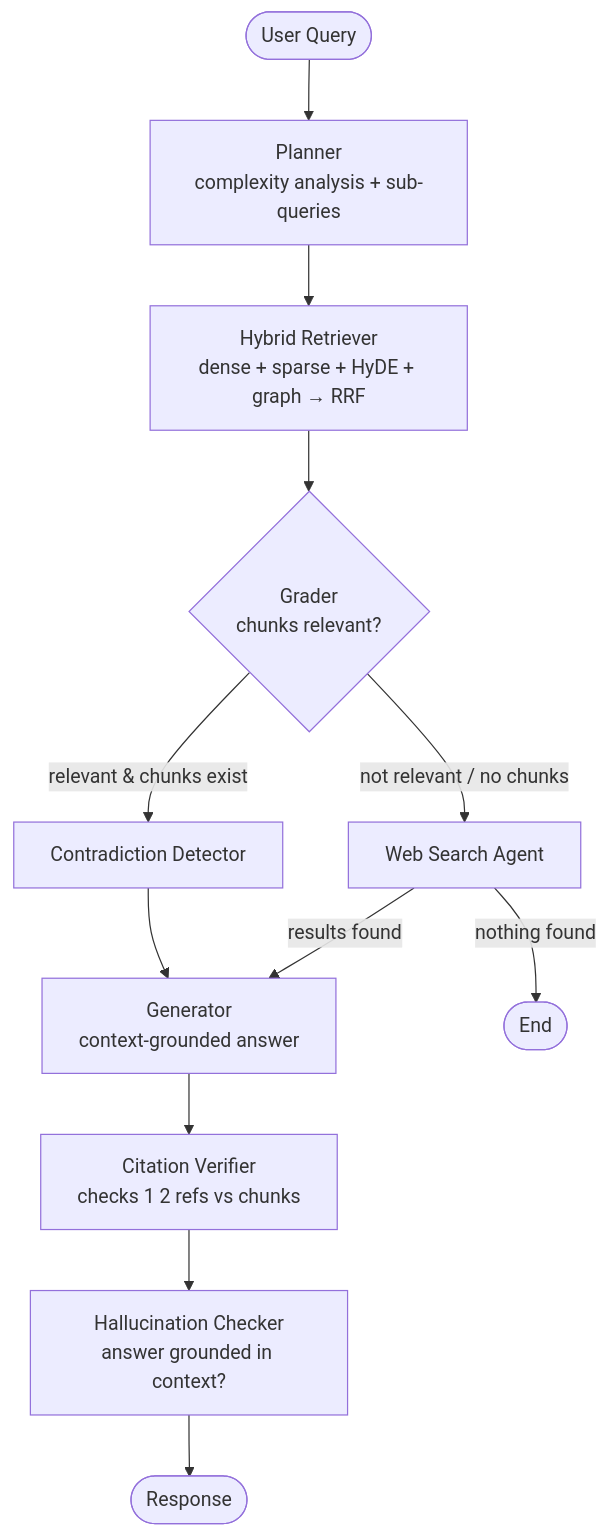
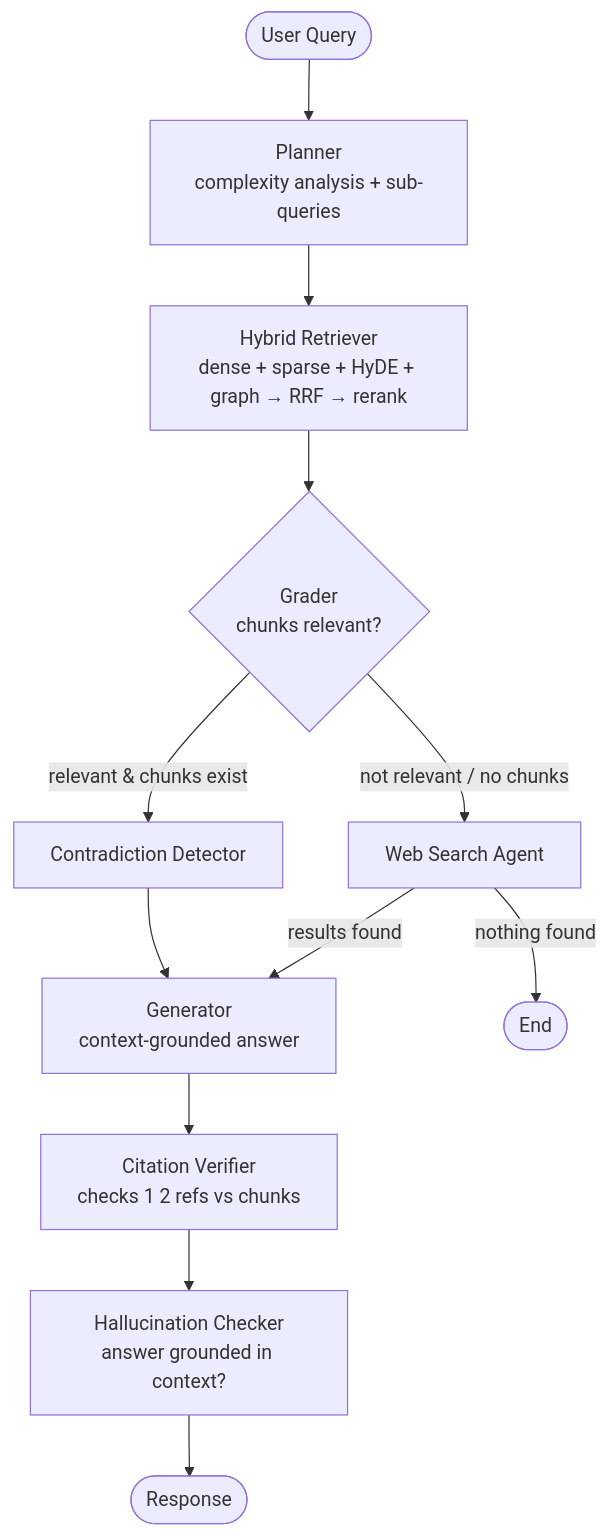
The first of 7 diagrams in Architecture/FLOW_DIAGRAM.md (anuragchaubey1224/Verity), drawn with Mermaid before and after one commit. The commit also changed other lines of this file and 1 other file, not shown here.

First line of the commit message:
docs: reconcile README + flow diagrams with reranker and eval

````diff
--- a/Architecture/FLOW_DIAGRAM.md
+++ b/Architecture/FLOW_DIAGRAM.md
@@ -21,17 +21,17 @@
 ```mermaid
 flowchart TD
     A([User Query]) --> P[Planner<br/>complexity analysis + sub-queries]
-    P --> R[Hybrid Retriever<br/>dense + sparse + HyDE + graph → RRF]
+    P --> R[Hybrid Retriever<br/>dense + sparse + HyDE + graph → RRF → rerank]
     R --> G{Grader<br/>chunks relevant?}
 
     G -->|relevant & chunks exist| CD[Contradiction Detector]
     G -->|not relevant / no chunks| WS[Web Search Agent]
 
     WS -->|results found| GEN[Generator]
     WS -->|nothing found| Z([End])
 
     CD --> GEN[Generator<br/>context-grounded answer]
     GEN --> CV[Citation Verifier<br/>checks 1 2 refs vs chunks]
     CV --> HC[Hallucination Checker<br/>answer grounded in context?]
     HC --> Q([Response])
 ```
````
